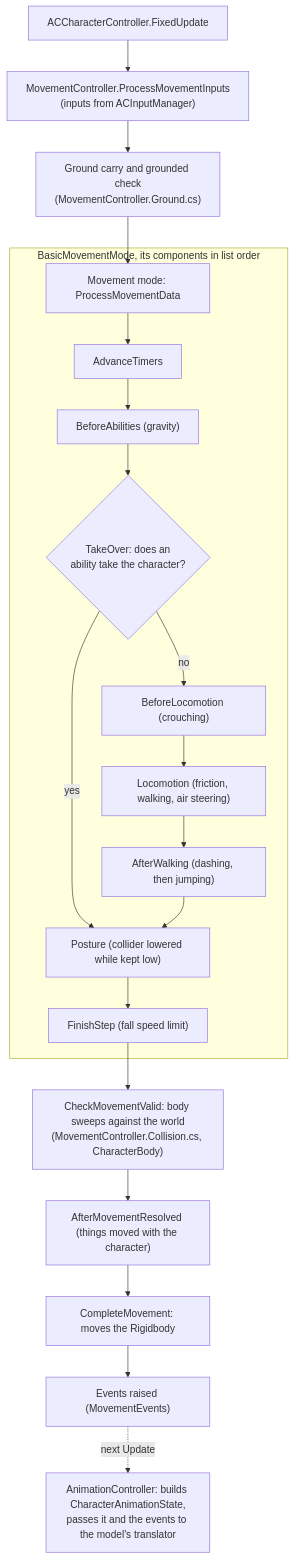
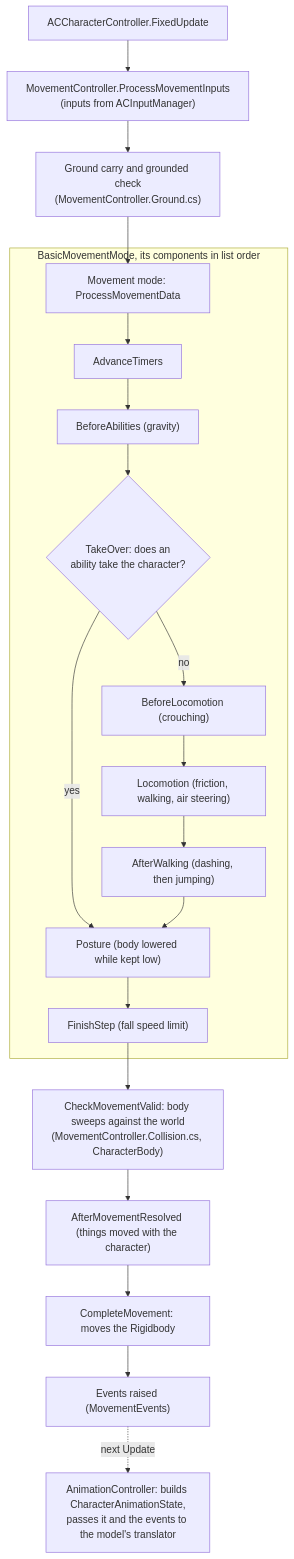
The first of 2 diagrams in docs/architecture.md (HOMMUSVAMPIRE/Character-Showcase), drawn with Mermaid before and after one commit. The commit also changed other lines of this file and 44 other files, not shown here.

````diff
--- a/docs/architecture.md
+++ b/docs/architecture.md
@@ -15,22 +15,22 @@
 ```mermaid
 flowchart TD
     A["ACCharacterController.FixedUpdate"] --> B["MovementController.ProcessMovementInputs<br/>(inputs from ACInputManager)"]
     B --> C["Ground carry and grounded check<br/>(MovementController.Ground.cs)"]
     C --> D["Movement mode: ProcessMovementData"]
     subgraph Mode["BasicMovementMode, its components in list order"]
         D --> D1["AdvanceTimers"]
         D1 --> D2["BeforeAbilities (gravity)"]
         D2 --> D3{"TakeOver: does an<br/>ability take the character?"}
         D3 -- no --> D4["BeforeLocomotion (crouching)"]
         D4 --> D5["Locomotion (friction, walking, air steering)"]
         D5 --> D6["AfterWalking (dashing, then jumping)"]
         D3 -- yes --> D7
-        D6 --> D7["Posture (collider lowered while kept low)"]
+        D6 --> D7["Posture (body lowered while kept low)"]
         D7 --> D8["FinishStep (fall speed limit)"]
     end
     D8 --> E["CheckMovementValid: body sweeps against the world<br/>(MovementController.Collision.cs, CharacterBody)"]
     E --> F["AfterMovementResolved (things moved with the character)"]
     F --> G["CompleteMovement: moves the Rigidbody"]
     G --> H["Events raised (MovementEvents)"]
     H -. "next Update" .-> I["AnimationController: builds CharacterAnimationState,<br/>passes it and the events to the model's translator"]
 ```
````
